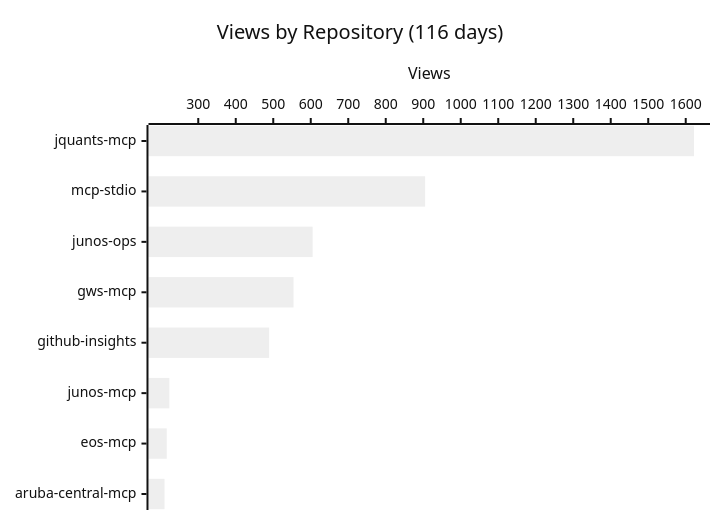
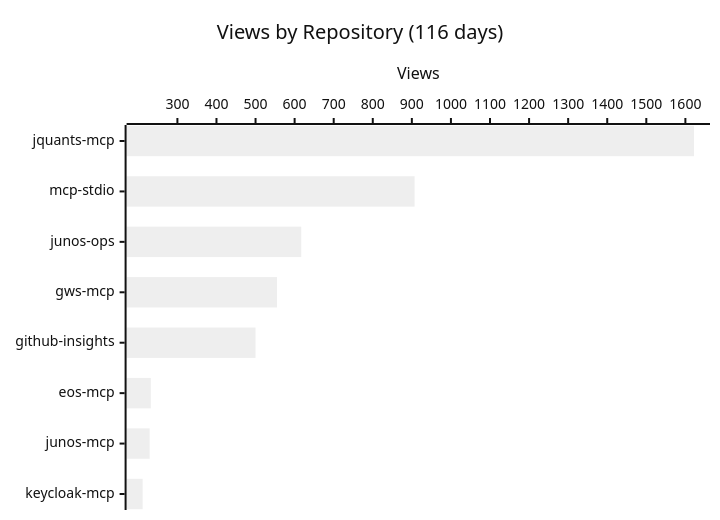
Before and after one commit to shigechika/github-insights: the first of 4 diagrams in README.md, drawn with Mermaid (neutral theme). The commit also changed other lines of this file and 2 other files, not shown here.

````diff
--- a/README.md
+++ b/README.md
@@ -18,7 +18,7 @@
 ```mermaid
 xychart-beta horizontal
     title "Views by Repository (116 days)"
-    x-axis ["jquants-mcp", "mcp-stdio", "junos-ops", "gws-mcp", "github-insights", "junos-mcp", "eos-mcp", "aruba-central-mcp"]
+    x-axis ["jquants-mcp", "mcp-stdio", "junos-ops", "gws-mcp", "github-insights", "eos-mcp", "junos-mcp", "keycloak-mcp"]
     y-axis "Views"
-    bar [1622, 905, 605, 554, 489, 223, 216, 210]
+    bar [1622, 907, 617, 555, 500, 232, 229, 211]
 ```
````
